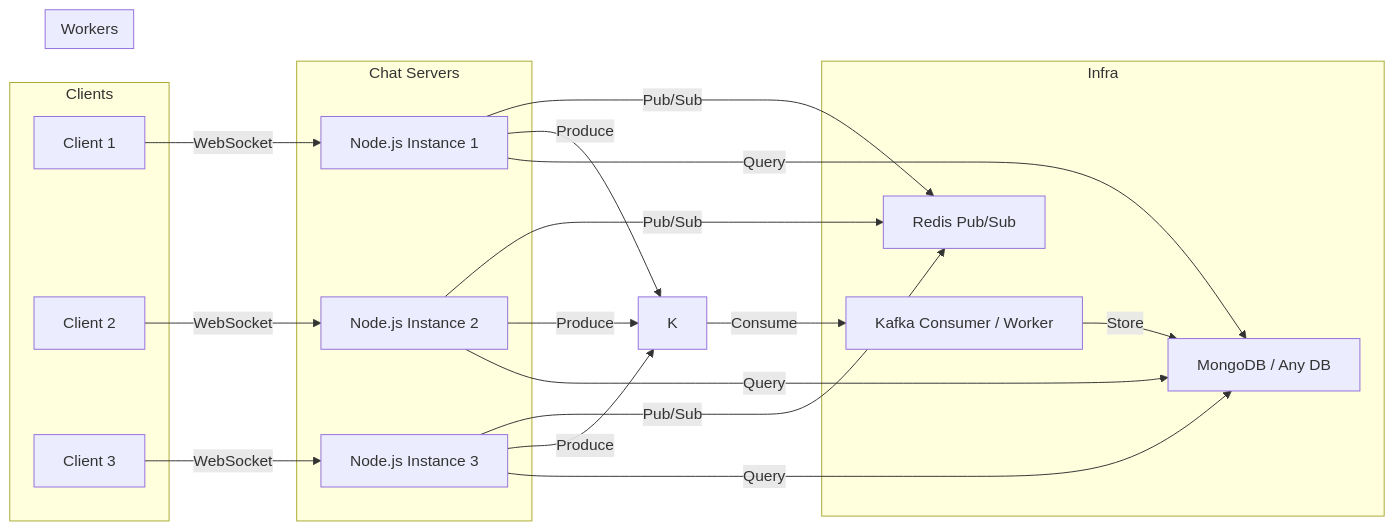
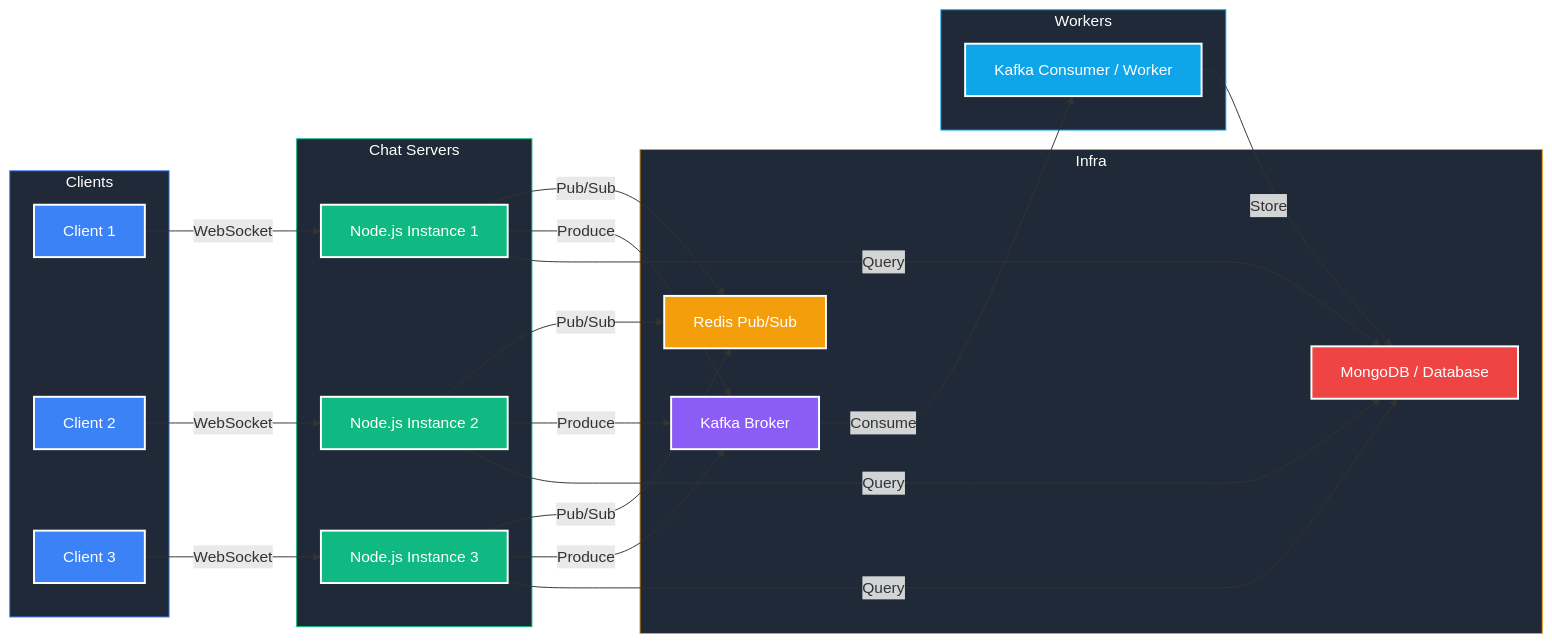
One commit to Atharvkote/Scalable-Chat-Application changed the first of 2 diagrams in Readme.md. Above: the diagram before and after it, drawn with Mermaid.

````diff
--- a/Readme.md
+++ b/Readme.md
@@ -12,50 +12,71 @@
 ```mermaid
 flowchart LR
+    %% Subgraphs
     subgraph Clients
         U1[Client 1]
         U2[Client 2]
         U3[Client 3]
     end
 
-    subgraph Chat Servers
+    subgraph Chat_Servers[Chat Servers]
         A[Node.js Instance 1]
         B[Node.js Instance 2]
         C[Node.js Instance 3]
     end
 
     subgraph Infra
-       R["Redis Pub/Sub"]
-DB["MongoDB / Any DB"]
-W["Kafka Consumer / Worker"]
-
+        R["Redis Pub/Sub"]
+        K["Kafka Broker"]
+        DB["MongoDB / Database"]
     end
 
     subgraph Workers
-        W[Kafka Consumer / Worker]
+        W["Kafka Consumer / Worker"]
     end
 
-    %% Clients connect via WebSockets
+    %% Connections
     U1 -- WebSocket --> A
     U2 -- WebSocket --> B
     U3 -- WebSocket --> C
 
-    %% Redis adapter keeps socket instances in sync
     A -- Pub/Sub --> R
     B -- Pub/Sub --> R
     C -- Pub/Sub --> R
 
-    %% Kafka handles message queueing
     A -- Produce --> K
     B -- Produce --> K
     C -- Produce --> K
 
-    %% Worker consumes from Kafka and persists
     K -- Consume --> W
     W -- Store --> DB
 
-    %% Chat servers can also read latest from DB if needed
     A -- Query --> DB
     B -- Query --> DB
     C -- Query --> DB
 
+    %% Styling
+    style U1 fill:#3B82F6,stroke:#ffffff,stroke-width:2px,color:#ffffff
+    style U2 fill:#3B82F6,stroke:#ffffff,stroke-width:2px,color:#ffffff
+    style U3 fill:#3B82F6,stroke:#ffffff,stroke-width:2px,color:#ffffff
+
+    style A fill:#10B981,stroke:#ffffff,stroke-width:2px,color:#ffffff
+    style B fill:#10B981,stroke:#ffffff,stroke-width:2px,color:#ffffff
+    style C fill:#10B981,stroke:#ffffff,stroke-width:2px,color:#ffffff
+
+    style R fill:#F59E0B,stroke:#ffffff,stroke-width:2px,color:#ffffff
+    style K fill:#8B5CF6,stroke:#ffffff,stroke-width:2px,color:#ffffff
+    style DB fill:#EF4444,stroke:#ffffff,stroke-width:2px,color:#ffffff
+
+    style W fill:#0EA5E9,stroke:#ffffff,stroke-width:2px,color:#ffffff
+
+    %% Subgraph colors (requires newer mermaid)
+    classDef clients fill:#1F2937,stroke:#3B82F6,color:#ffffff;
+    classDef servers fill:#1F2937,stroke:#10B981,color:#ffffff;
+    classDef infra fill:#1F2937,stroke:#F59E0B,color:#ffffff;
+    classDef workers fill:#1F2937,stroke:#0EA5E9,color:#ffffff;
+
+    class Clients clients;
+    class Chat_Servers servers;
+    class Infra infra;
+    class Workers workers;
 ```
````
